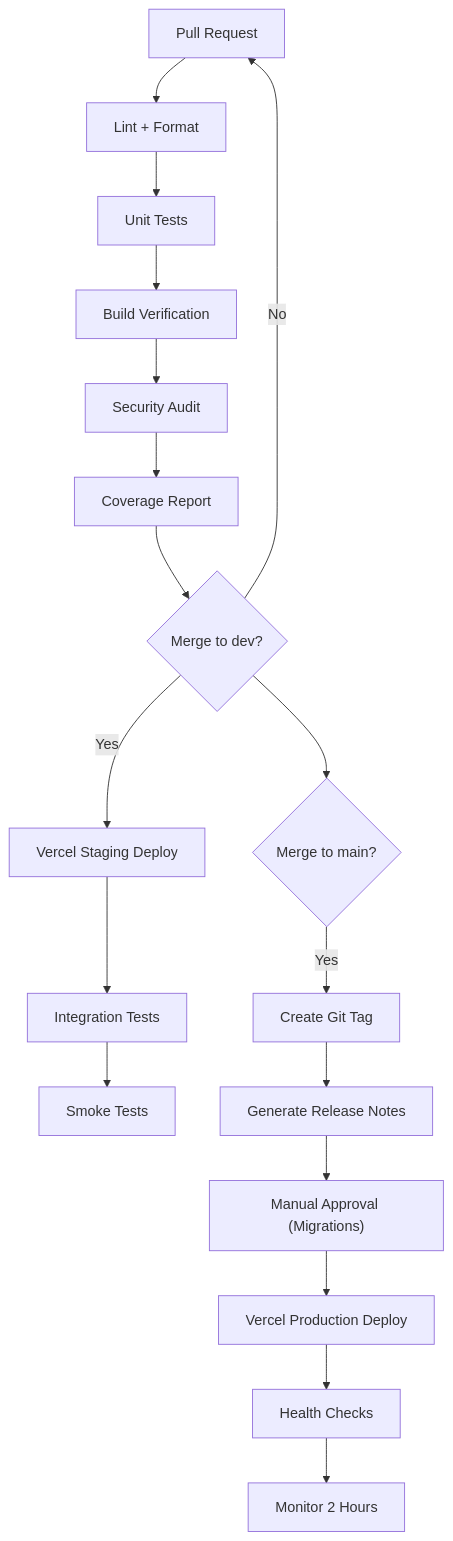
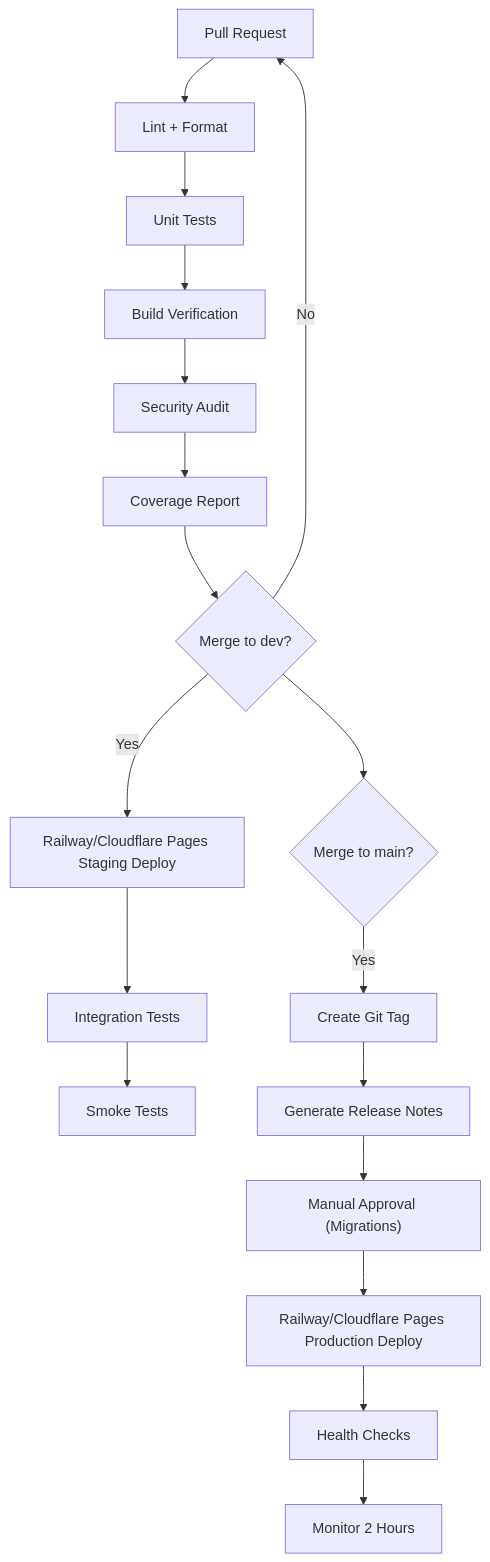
Before and after one commit to ARUNTHOMAS3/trans: the seventh of 8 diagrams in repowiki/en/content/Deployment & DevOps/Deployment & DevOps.md, drawn with Mermaid. The commit also changed other lines of this file and 1490 other files, not shown here.

````diff
--- a/repowiki/en/content/Deployment & DevOps/Deployment & DevOps.md
+++ b/repowiki/en/content/Deployment & DevOps/Deployment & DevOps.md
@@ -283,20 +283,20 @@
 ```mermaid
 flowchart TD
 PR["Pull Request"] --> Lint["Lint + Format"]
 Lint --> Unit["Unit Tests"]
 Unit --> Build["Build Verification"]
 Build --> Security["Security Audit"]
 Security --> Coverage["Coverage Report"]
 Coverage --> MergeDev{"Merge to dev?"}
-MergeDev --> |Yes| Staging["Vercel Staging Deploy"]
+MergeDev --> |Yes| Staging["Railway/Cloudflare Pages Staging Deploy"]
 Staging --> IntTest["Integration Tests"]
 IntTest --> Smoke["Smoke Tests"]
 MergeDev --> |No| PR
 MergeDev --> MergeMain{"Merge to main?"}
 MergeMain --> |Yes| Tag["Create Git Tag"]
 Tag --> ReleaseNotes["Generate Release Notes"]
 ReleaseNotes --> ManualApproval["Manual Approval (Migrations)"]
-ManualApproval --> ProdDeploy["Vercel Production Deploy"]
+ManualApproval --> ProdDeploy["Railway/Cloudflare Pages Production Deploy"]
 ProdDeploy --> Health["Health Checks"]
 Health --> Monitor["Monitor 2 Hours"]
 ```
````
